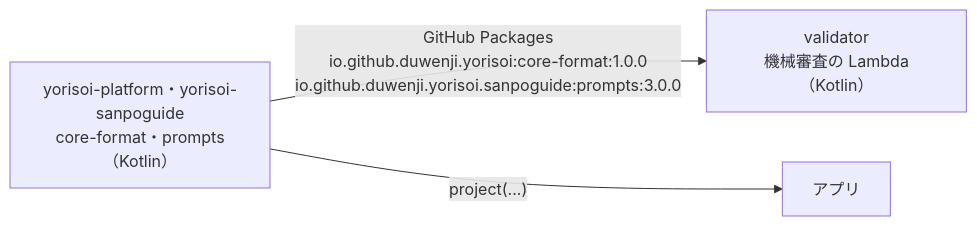
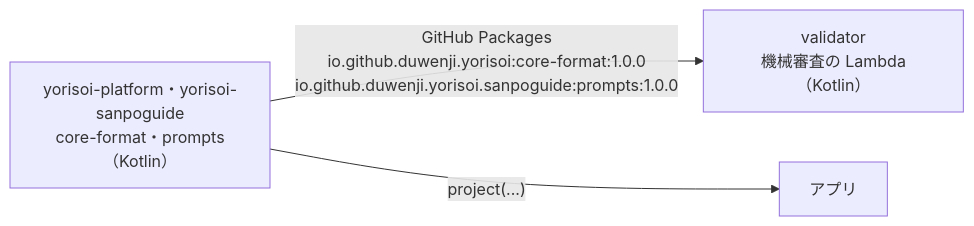
Before and after one commit to duwenji/yorisoi-tutorial: the first of 2 diagrams in 08-aws/08-kotlin-lambda.md, drawn with Mermaid. The commit also changed other lines of this file and 27 other files, not shown here.

````diff
--- a/08-aws/08-kotlin-lambda.md
+++ b/08-aws/08-kotlin-lambda.md
@@ -19,5 +19,5 @@
 ```mermaid
 flowchart LR
-    SG["yorisoi-platform・yorisoi-sanpoguide<br/>core-format・prompts（Kotlin）"] -->|"GitHub Packages<br/>io.github.duwenji.yorisoi:core-format:1.0.0<br/>io.github.duwenji.yorisoi.sanpoguide:prompts:3.0.0"| V["validator<br/>機械審査の Lambda（Kotlin）"]
+    SG["yorisoi-platform・yorisoi-sanpoguide<br/>core-format・prompts（Kotlin）"] -->|"GitHub Packages<br/>io.github.duwenji.yorisoi:core-format:1.0.0<br/>io.github.duwenji.yorisoi.sanpoguide:prompts:1.0.0"| V["validator<br/>機械審査の Lambda（Kotlin）"]
     SG -->|"project(...)"| APP["アプリ"]
 ```
````
